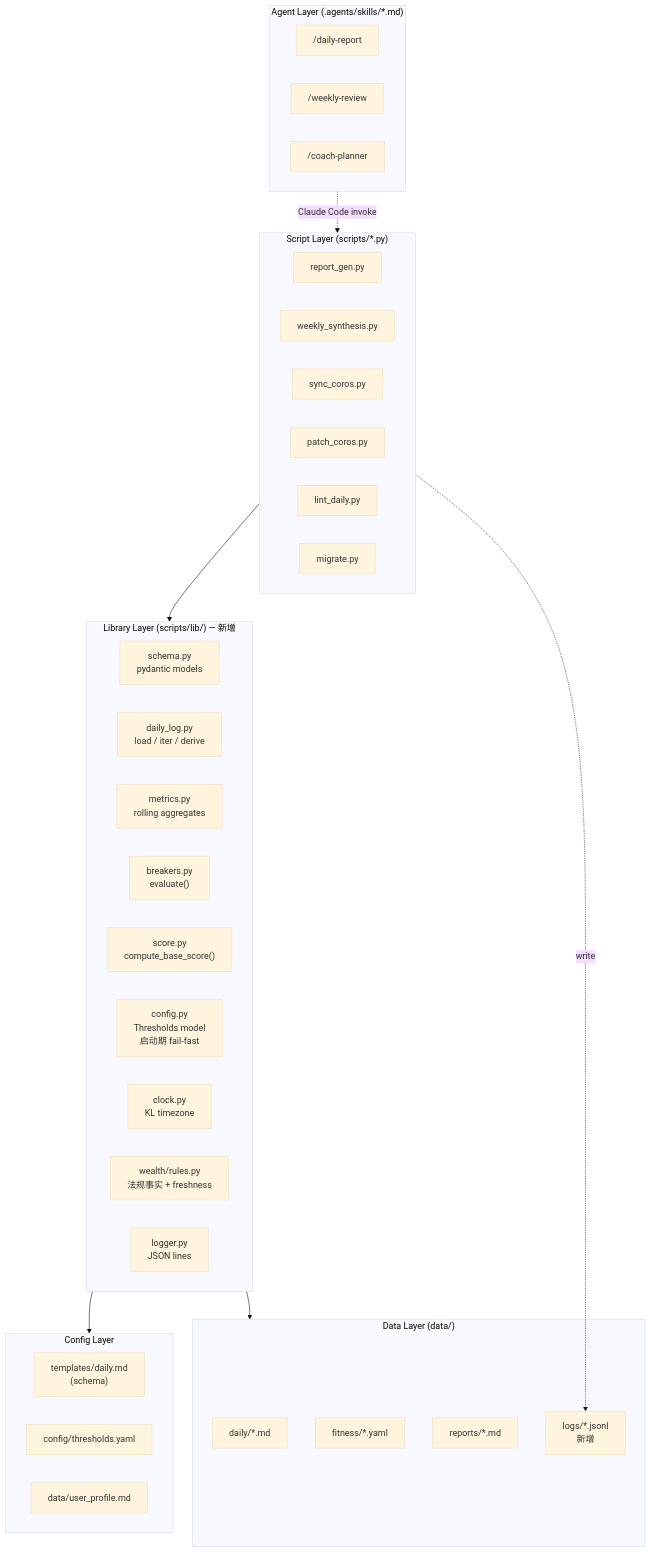
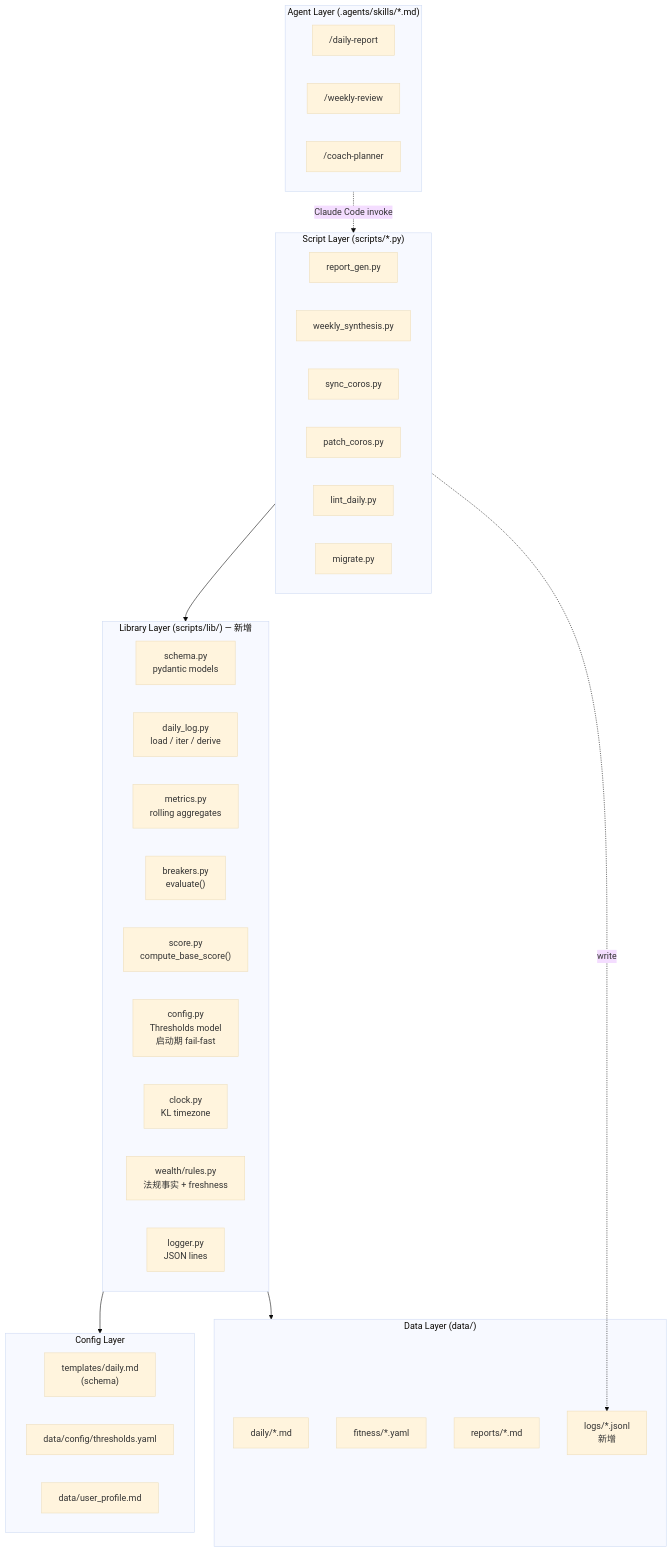
One commit to KelvinYou/personal-os changed the seventh of 7 diagrams in ARCHITECTURE.md. Above: the diagram before and after it, drawn with Mermaid (base theme). The commit also changed other lines of this file and 55 other files, not shown here.

````diff
--- a/ARCHITECTURE.md
+++ b/ARCHITECTURE.md
@@ -405,48 +405,48 @@
 ```mermaid
 graph TB
     subgraph Agent ["Agent Layer (.agents/skills/*.md)"]
         DR["/daily-report"]
         WR["/weekly-review"]
         CP["/coach-planner"]
     end
 
     subgraph Script ["Script Layer (scripts/*.py)"]
         RG["report_gen.py"]
         WS["weekly_synthesis.py"]
         SC["sync_coros.py"]
         PC["patch_coros.py"]
         LD["lint_daily.py"]
         MG["migrate.py"]
     end
 
     subgraph Library ["Library Layer (scripts/lib/) — 新增"]
         SCHEMA["schema.py<br/>pydantic models"]
         DAILY["daily_log.py<br/>load / iter / derive"]
         METRIC["metrics.py<br/>rolling aggregates"]
         BRK["breakers.py<br/>evaluate()"]
         SCORE["score.py<br/>compute_base_score()"]
         CFG["config.py<br/>Thresholds model<br/>启动期 fail-fast"]
         CLOCK["clock.py<br/>KL timezone"]
         WRULES["wealth/rules.py<br/>法规事实 + freshness"]
         LOG["logger.py<br/>JSON lines"]
     end
 
     subgraph Data ["Data Layer (data/)"]
         DL["daily/*.md"]
         FIT["fitness/*.yaml"]
         RPT["reports/*.md"]
         LOGS["logs/*.jsonl<br/>新增"]
     end
 
     subgraph Config ["Config Layer"]
         TMPL["templates/daily.md<br/>(schema)"]
-        THR["config/thresholds.yaml"]
+        THR["data/config/thresholds.yaml"]
         UP["data/user_profile.md"]
     end
 
     Agent -. "Claude Code invoke" .-> Script
     Script --> Library
     Library --> Data
     Library --> Config
     Script -. "write" .-> LOGS
 ```
````
